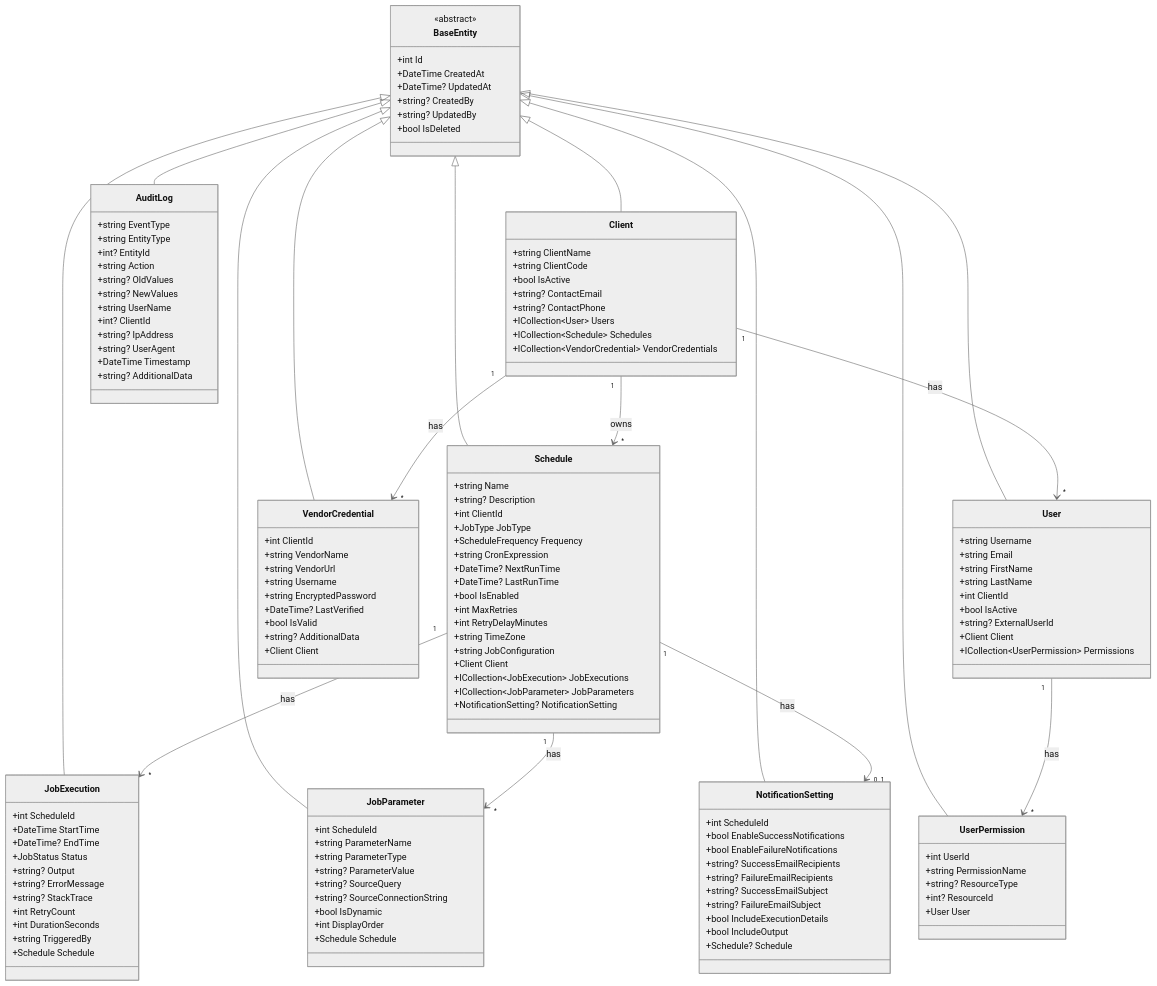
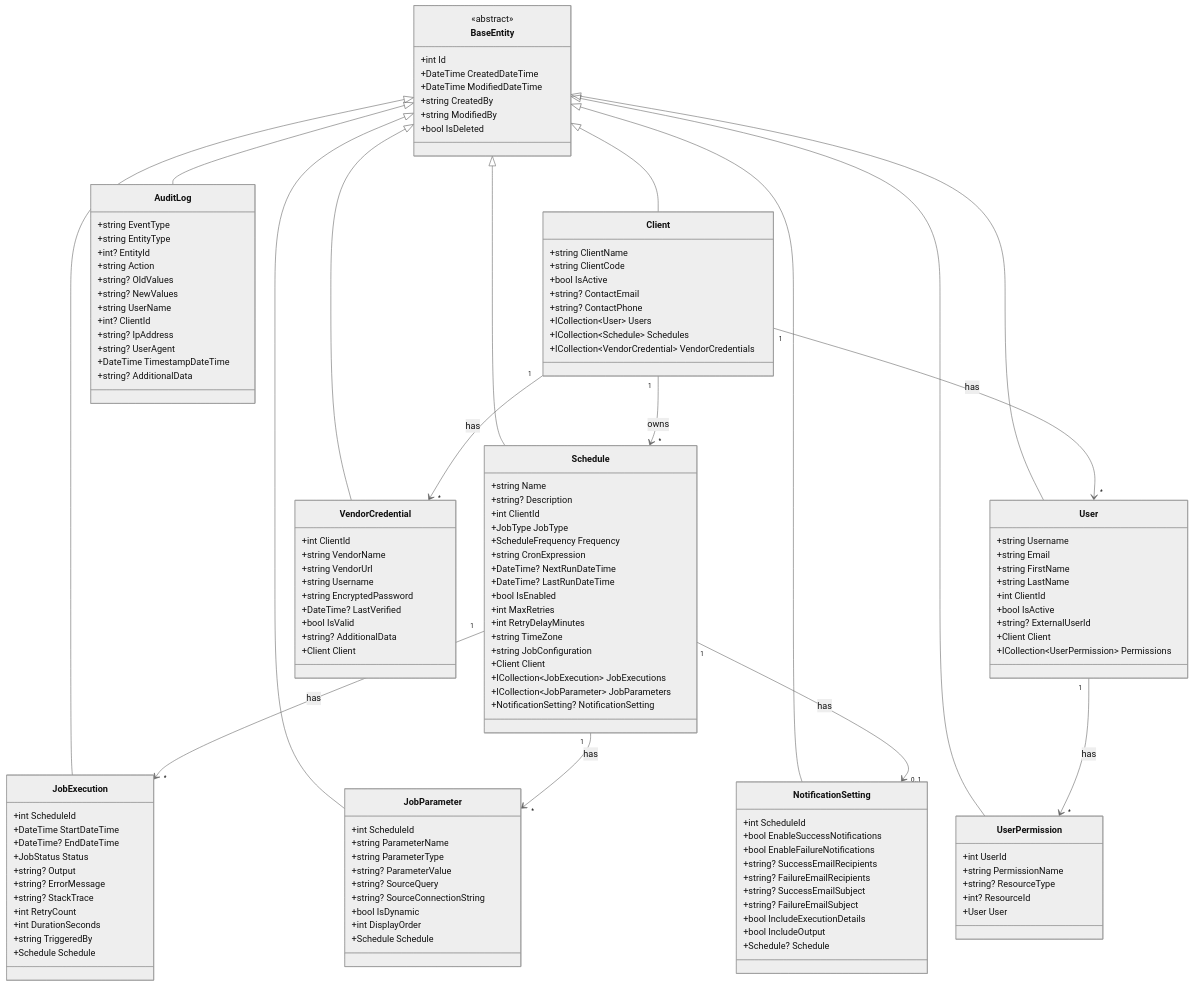
One commit to lcassin/Scheduler_Platform changed the second of 4 diagrams in src/SchedulerPlatform.Core/README.md. Above: the diagram before and after it, drawn with Mermaid (neutral theme). The commit also changed other lines of this file and 8 other files, not shown here.

First line of the commit message:
docs: regenerate diagrams from mermaid with updated field names

```diff
--- a/src/SchedulerPlatform.Core/README.md
+++ b/src/SchedulerPlatform.Core/README.md
@@ -496,10 +496,10 @@
     class BaseEntity {
         <<abstract>>
         +int Id
-        +DateTime CreatedAt
-        +DateTime? UpdatedAt
-        +string? CreatedBy
-        +string? UpdatedBy
+        +DateTime CreatedDateTime
+        +DateTime ModifiedDateTime
+        +string CreatedBy
+        +string ModifiedBy
         +bool IsDeleted
     }
     
@@ -510,8 +510,8 @@
         +JobType JobType
         +ScheduleFrequency Frequency
         +string CronExpression
-        +DateTime? NextRunTime
-        +DateTime? LastRunTime
+        +DateTime? NextRunDateTime
+        +DateTime? LastRunDateTime
         +bool IsEnabled
         +int MaxRetries
         +int RetryDelayMinutes
@@ -536,8 +536,8 @@
     
     class JobExecution {
         +int ScheduleId
-        +DateTime StartTime
-        +DateTime? EndTime
+        +DateTime StartDateTime
+        +DateTime? EndDateTime
         +JobStatus Status
         +string? Output
         +string? ErrorMessage
@@ -616,7 +616,7 @@
         +int? ClientId
         +string? IpAddress
         +string? UserAgent
-        +DateTime Timestamp
+        +DateTime TimestampDateTime
         +string? AdditionalData
     }
     
```
